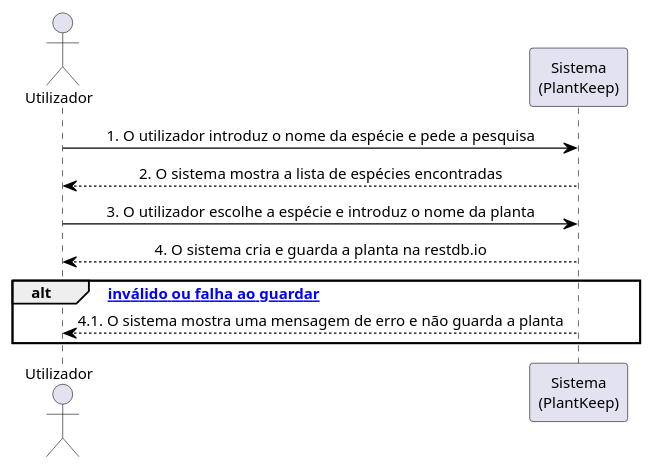
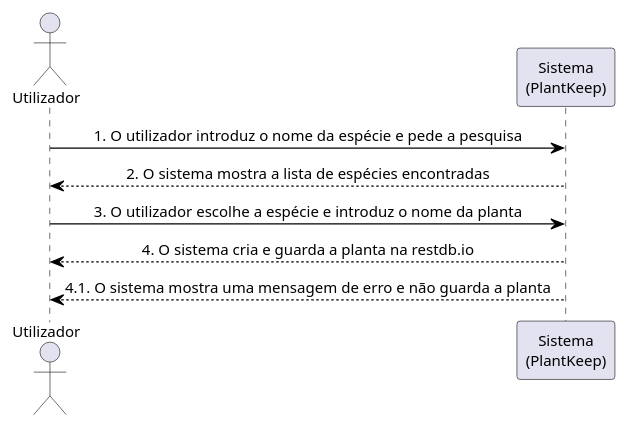
Before and after one commit to compaqle/DSSMV_ProjectDroid_1251486_1251506: the diagram in .docs/diagramas/SSDs/uc01.puml, drawn with PlantUML. The commit also changed 9 other files, not shown here.

```diff
--- a/.docs/diagramas/SSDs/uc01.puml
+++ b/.docs/diagramas/SSDs/uc01.puml
@@ -1,15 +1,13 @@
 @startuml
 skinparam defaultFontSize 12
 skinparam sequenceMessageAlign center
 skinparam ArrowColor #000000
 skinparam sequenceArrowColor #000000
 actor "Utilizador" as u
 participant "Sistema\n(PlantKeep)" as s
 u -> s : 1. O utilizador introduz o nome da espécie e pede a pesquisa
 s --> u : 2. O sistema mostra a lista de espécies encontradas
 u -> s : 3. O utilizador escolhe a espécie e introduz o nome da planta
 s --> u : 4. O sistema cria e guarda a planta na restdb.io
-alt [Nome inválido ou falha ao guardar]
-    s --> u : 4.1. O sistema mostra uma mensagem de erro e não guarda a planta
-end
+s --> u : 4.1. O sistema mostra uma mensagem de erro e não guarda a planta
 @enduml
```
